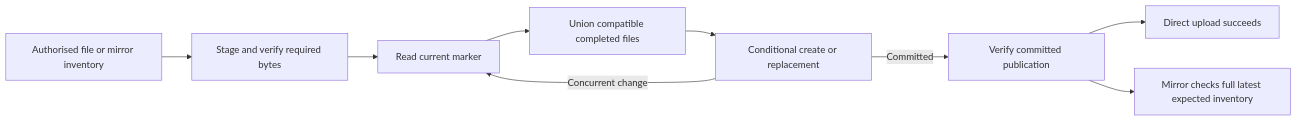
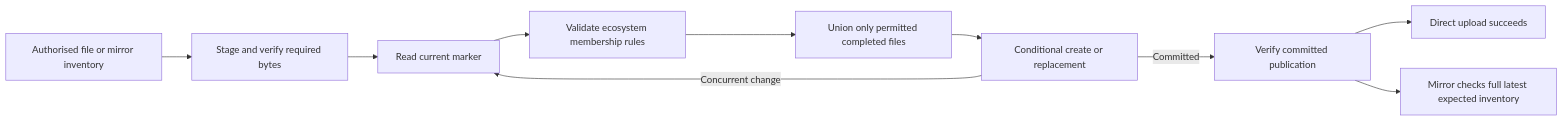
One commit to AlexaDeWit/Ecluse changed the diagram in docs/architecture/package-storage.md. Above: the diagram before and after it, drawn with Mermaid. The commit also changed other lines of this file, not shown here.

First line of the commit message:
docs(storage): retain ecosystem membership limits

````diff
--- a/docs/architecture/package-storage.md
+++ b/docs/architecture/package-storage.md
@@ -60,11 +63,12 @@
 ```mermaid
 flowchart LR
     A[Authorised file or mirror inventory] --> B[Stage and verify required bytes]
     B --> C[Read current marker]
-    C --> D[Union compatible completed files]
-    D --> E[Conditional create or replacement]
+    C --> D[Validate ecosystem membership rules]
+    D --> U[Union only permitted completed files]
+    U --> E[Conditional create or replacement]
     E -->|Concurrent change| C
     E -->|Committed| F[Verify committed publication]
     F --> G[Direct upload succeeds]
     F --> H[Mirror checks full latest expected inventory]
 ```
````
